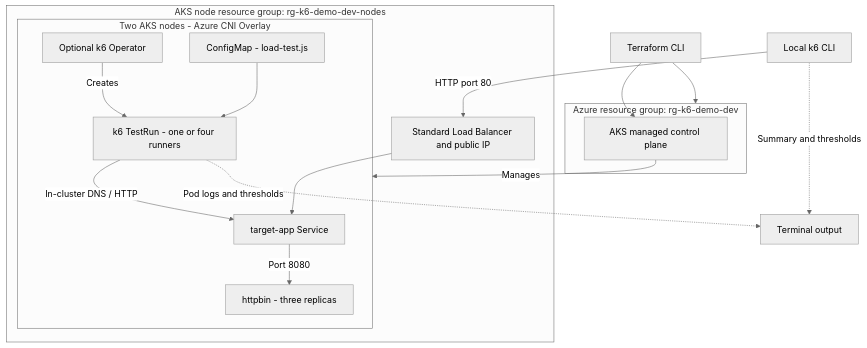
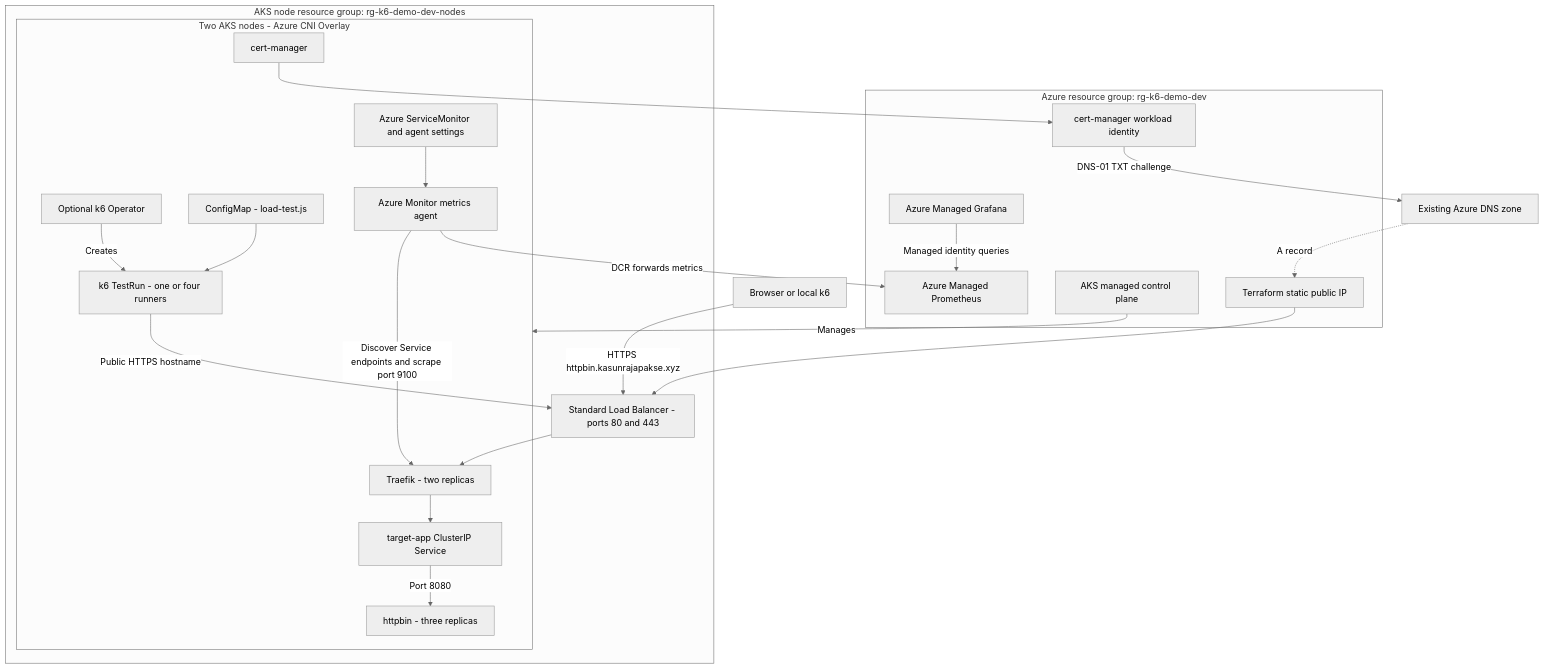
One commit to kasunsjc/Code-Snippets changed the diagram in AKS-K6-Load-Testing/README.md. Above: the diagram before and after it, drawn with Mermaid (neutral theme). The commit also changed other lines of this file and 16 other files, not shown here.

First line of the commit message:
feat: Enhance AKS K6 Load Testing with Traefik HTTPS ingress and Azure DNS

````diff
--- a/AKS-K6-Load-Testing/README.md
+++ b/AKS-K6-Load-Testing/README.md
@@ -15,27 +18,40 @@
 ```mermaid
 flowchart TB
-  Terraform[Terraform CLI] --> RG
-  Terraform --> AKS
-  Local[Local k6 CLI] -->|HTTP port 80| LB
+  Local[Browser or local k6] -->|HTTPS httpbin.kasunrajapakse.xyz| LB
+  DNS[Existing Azure DNS zone] -. A record .-> PIP
   subgraph RG[Azure resource group: rg-k6-demo-dev]
     AKS[AKS managed control plane]
+    PIP[Terraform static public IP]
+    AMW[Azure Managed Prometheus]
+    Grafana[Azure Managed Grafana]
+    Identity[cert-manager workload identity]
   end
+  PIP --> LB
   AKS -->|Manages| Nodes
   subgraph NRG[AKS node resource group: rg-k6-demo-dev-nodes]
-    LB[Standard Load Balancer and public IP]
+    LB[Standard Load Balancer - ports 80 and 443]
     subgraph Nodes[Two AKS nodes - Azure CNI Overlay]
-      Service[target-app Service]
+      Traefik[Traefik - two replicas]
+      Service[target-app ClusterIP Service]
       API[httpbin - three replicas]
       Operator[Optional k6 Operator]
       Runners[k6 TestRun - one or four runners]
       Config[ConfigMap - load-test.js]
+      Cert[cert-manager]
+      Agent[Azure Monitor metrics agent]
+      Monitor[Azure ServiceMonitor and agent settings]
     end
   end
-  LB --> Service
+  LB --> Traefik
+  Traefik --> Service
   Service -->|Port 8080| API
   Operator -->|Creates| Runners
   Config --> Runners
-  Runners -->|In-cluster DNS / HTTP| Service
-  Local -.->|Summary and thresholds| Results[Terminal output]
-  Runners -.->|Pod logs and thresholds| Results
+  Runners -->|Public HTTPS hostname| LB
+  Monitor --> Agent
+  Agent -->|Discover Service endpoints and scrape port 9100| Traefik
+  Agent -->|DCR forwards metrics| AMW
+  Grafana -->|Managed identity queries| AMW
+  Cert --> Identity
+  Identity -->|DNS-01 TXT challenge| DNS
 ```
````
